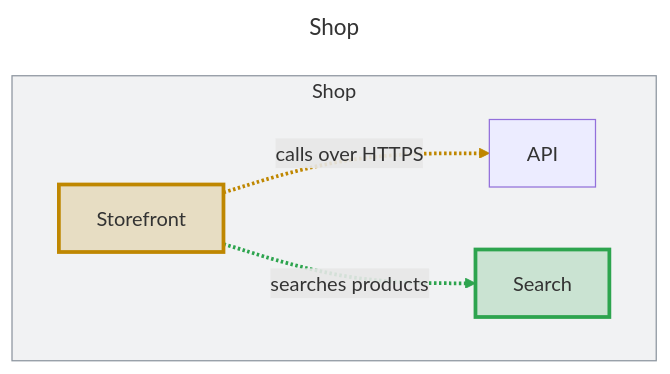
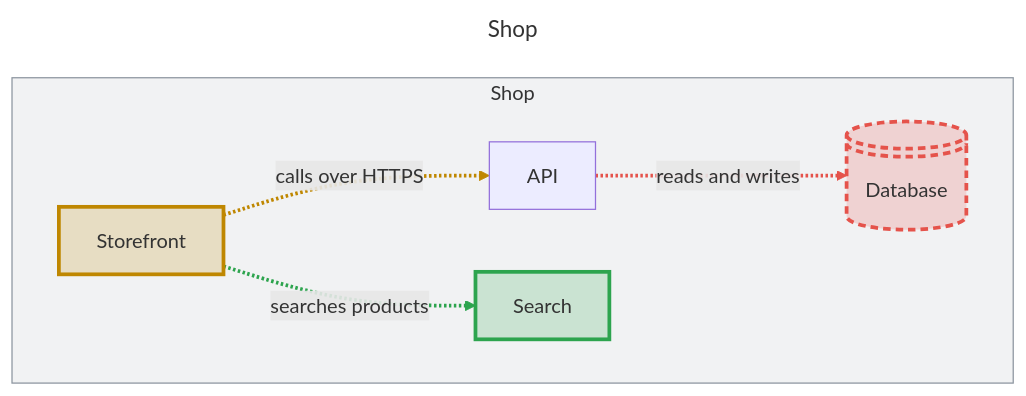
One commit to novibe-org/likec4-architecture-diff-action changed the diagram in README.md. Above: the diagram before and after it, drawn with Mermaid. The commit also changed other lines of this file and 1 other file, not shown here.

First line of the commit message:
feat: each changed view is one diagram, with what the pull request removed put back in red

````diff
--- a/README.md
+++ b/README.md
@@ -21,18 +20,22 @@
 ```mermaid
 ---
 title: "Shop"
 ---
 graph TB
   subgraph Shop["`Shop`"]
     Shop.Web@{ shape: rectangle, label: "Storefront" }
     Shop.Api@{ shape: rectangle, label: "API" }
     Shop.Search@{ shape: rectangle, label: "Search" }
+    Shop.Db@{ shape: disk, label: "Database" }
   end
   Shop.Web -. "`calls over HTTPS`" .-> Shop.Api
   Shop.Web -. "`searches products`" .-> Shop.Search
+  Shop.Api -. "`reads and writes`" .-> Shop.Db
   style Shop fill:#8c959f1f,stroke:#8c959f
   style Shop.Web fill:#bf870033,stroke:#bf8700,stroke-width:3px
   style Shop.Search fill:#2da44e33,stroke:#2da44e,stroke-width:3px
   linkStyle 0 stroke:#bf8700,stroke-width:3px
   linkStyle 1 stroke:#2da44e,stroke-width:3px
+  style Shop.Db fill:#e5534b33,stroke:#e5534b,stroke-width:3px,stroke-dasharray:6 4
+  linkStyle 2 stroke:#e5534b,stroke-width:3px
 ```
````
